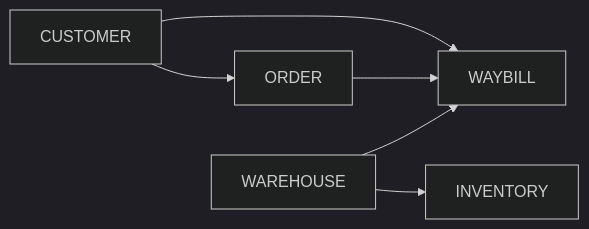
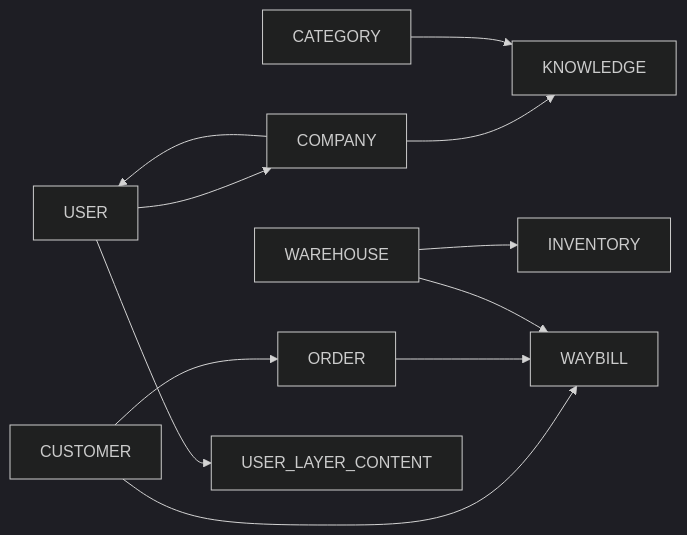
One commit to zhuochangzun/log changed the second of 2 diagrams in rga-docs/02_database_design.md. Above: the diagram before and after it, drawn with Mermaid (dark theme). The commit also changed other lines of this file, not shown here.

Commit message:
docs: update database design for three-tier architecture

````diff
--- a/rga-docs/02_database_design.md
+++ b/rga-docs/02_database_design.md
@@ -413,8 +522,13 @@
 ```mermaid
 graph LR
+    USER --> COMPANY
+    COMPANY --> USER
+    COMPANY --> KNOWLEDGE
     CUSTOMER --> ORDER
     CUSTOMER --> WAYBILL
     ORDER --> WAYBILL
     WAREHOUSE --> WAYBILL
     WAREHOUSE --> INVENTORY
+    CATEGORY --> KNOWLEDGE
+    USER --> USER_LAYER_CONTENT
 ```
````
